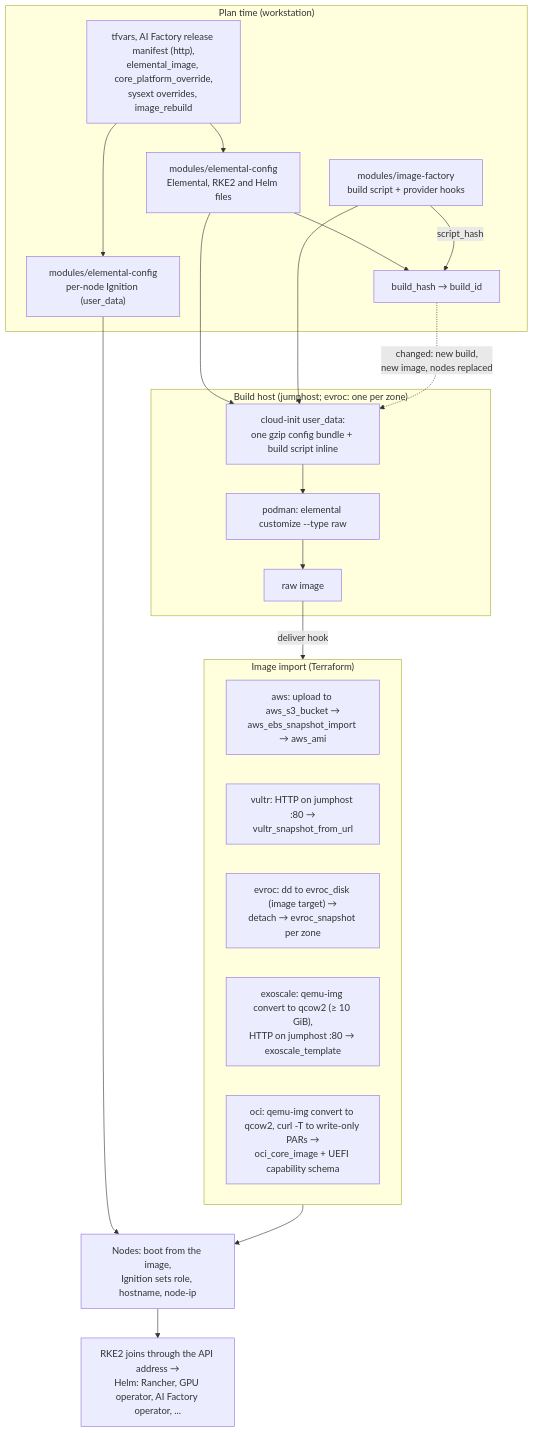
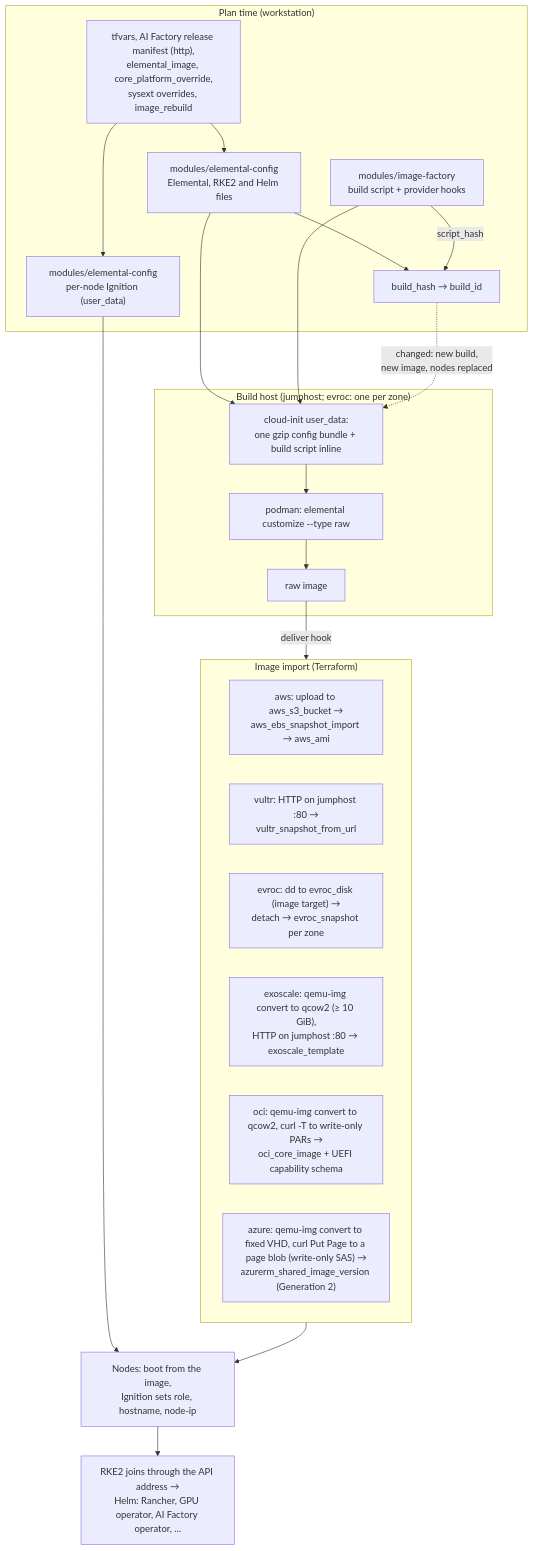
Before and after one commit to e-minguez/suse-ai-factory-cloud-providers: the second of 16 diagrams in docs/architecture.md, drawn with Mermaid. The commit also changed other lines of this file and 107 other files, not shown here.

````diff
--- a/docs/architecture.md
+++ b/docs/architecture.md
@@ -37,39 +37,40 @@
 ```mermaid
 flowchart TD
     subgraph plan_time ["Plan time (workstation)"]
         inputs["tfvars, AI Factory release manifest (http),<br/>elemental_image, core_platform_override,<br/>sysext overrides, image_rebuild"]
         ec["modules/elemental-config<br/>Elemental, RKE2 and Helm files"]
         ign["modules/elemental-config<br/>per-node Ignition (user_data)"]
         hash["build_hash → build_id"]
         fac["modules/image-factory<br/>build script + provider hooks"]
         inputs --> ec
         ec --> hash
         fac -- "script_hash" --> hash
         inputs --> ign
     end
 
     subgraph build_host ["Build host (jumphost; evroc: one per zone)"]
         ud["cloud-init user_data:<br/>one gzip config bundle + build script inline"]
         cust["podman: elemental customize --type raw"]
         raw["raw image"]
         ud --> cust --> raw
     end
 
     ec --> ud
     fac --> ud
     hash -. "changed: new build,<br/>new image, nodes replaced" .-> ud
 
     raw -- "deliver hook" --> deliver
 
     subgraph deliver ["Image import (Terraform)"]
         aws["aws: upload to aws_s3_bucket →<br/>aws_ebs_snapshot_import → aws_ami"]
         vultr["vultr: HTTP on jumphost :80 →<br/>vultr_snapshot_from_url"]
         evroc["evroc: dd to evroc_disk (image target) →<br/>detach → evroc_snapshot per zone"]
         exoscale["exoscale: qemu-img convert to qcow2 (≥ 10 GiB),<br/>HTTP on jumphost :80 → exoscale_template"]
         oci["oci: qemu-img convert to qcow2, curl -T to write-only PARs →<br/>oci_core_image + UEFI capability schema"]
+        azure["azure: qemu-img convert to fixed VHD, curl Put Page to a page blob (write-only SAS) →<br/>azurerm_shared_image_version (Generation 2)"]
     end
 
     deliver --> nodes["Nodes: boot from the image,<br/>Ignition sets role, hostname, node-ip"]
     ign --> nodes
     nodes --> rke2["RKE2 joins through the API address →<br/>Helm: Rancher, GPU operator, AI Factory operator, ..."]
 ```
````
